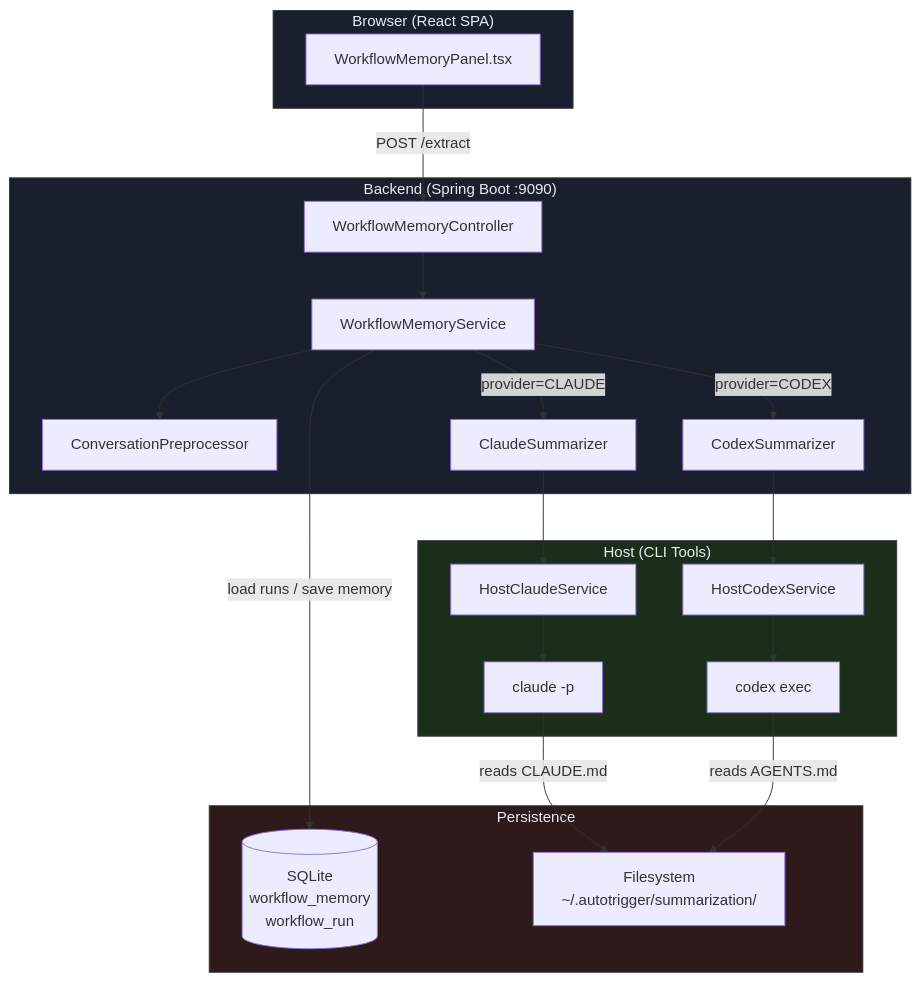
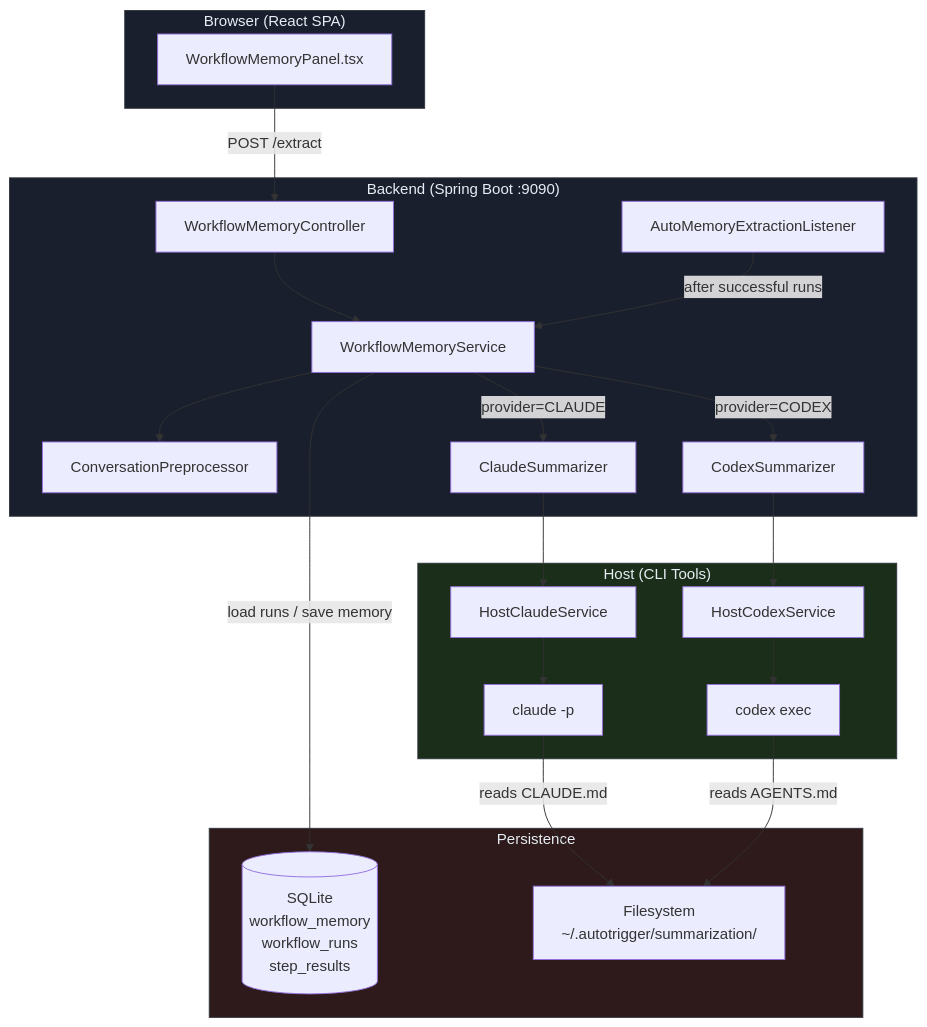
One commit to FLSEST/MySuricates changed the first of 7 diagrams in docs/en/workflow-memory-diagrams.md. Above: the diagram before and after it, drawn with Mermaid. The commit also changed other lines of this file and 4 other files, not shown here.

First line of the commit message:
docs(diagramme): Memory page describes the current state instead of an old refactoring

````diff
--- a/docs/en/workflow-memory-diagrams.md
+++ b/docs/en/workflow-memory-diagrams.md
@@ -11,44 +11,46 @@
 ```mermaid
 graph TB
     subgraph Browser["Browser (React SPA)"]
         WMP["WorkflowMemoryPanel.tsx"]
     end
 
     subgraph Backend["Backend (Spring Boot :9090)"]
         CTRL["WorkflowMemoryController"]
+        AML["AutoMemoryExtractionListener"]
         SVC["WorkflowMemoryService"]
         PREP["ConversationPreprocessor"]
         CS["ClaudeSummarizer"]
         CXS["CodexSummarizer"]
     end
 
     subgraph Host["Host (CLI Tools)"]
         HCLAUDE["HostClaudeService"]
         HCODEX["HostCodexService"]
         CLAUDE_CLI["claude -p"]
         CODEX_CLI["codex exec"]
     end
 
     subgraph Storage["Persistence"]
-        DB[("SQLite<br/>workflow_memory<br/>workflow_run")]
+        DB[("SQLite<br/>workflow_memory<br/>workflow_runs<br/>step_results")]
         FS["Filesystem<br/>~/.autotrigger/summarization/"]
     end
 
     WMP -->|"POST /extract"| CTRL
     CTRL --> SVC
+    AML -->|"after successful runs"| SVC
     SVC --> PREP
     SVC -->|"provider=CLAUDE"| CS
     SVC -->|"provider=CODEX"| CXS
     CS --> HCLAUDE
     CXS --> HCODEX
     HCLAUDE --> CLAUDE_CLI
     HCODEX --> CODEX_CLI
     SVC -->|"load runs / save memory"| DB
     CLAUDE_CLI -->|"reads CLAUDE.md"| FS
     CODEX_CLI -->|"reads AGENTS.md"| FS
 
     style Browser fill:#1a1f2e,stroke:#30363d,color:#e6edf3
     style Backend fill:#1a1f2e,stroke:#30363d,color:#e6edf3
     style Host fill:#1a2e1a,stroke:#30363d,color:#e6edf3
     style Storage fill:#2e1a1a,stroke:#30363d,color:#e6edf3
 ```
````
